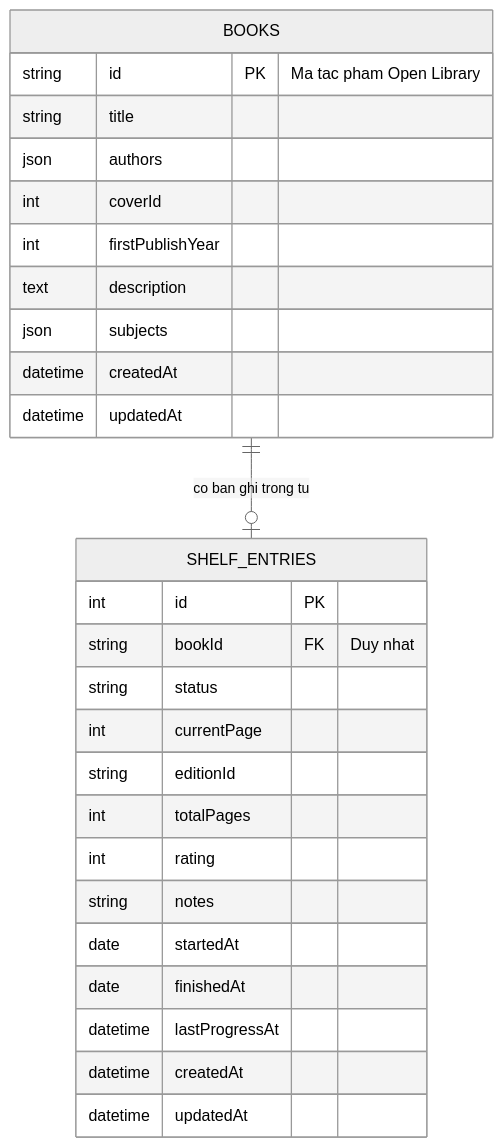
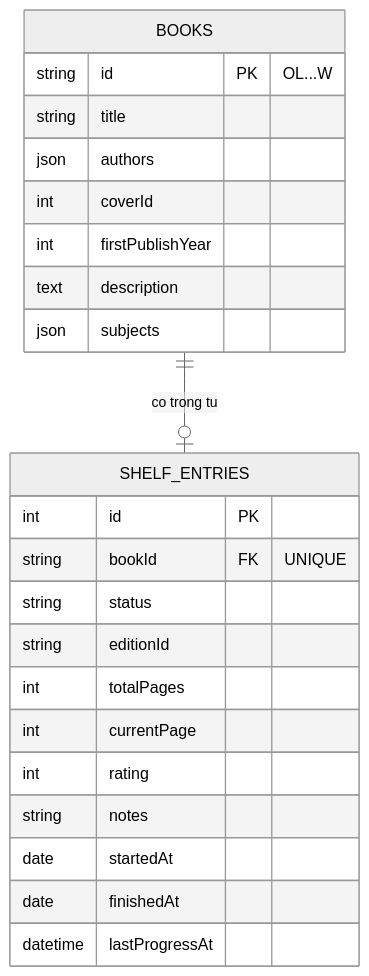
One commit to Ngoquyen07/bookmg-workspace changed the second of 2 diagrams in README.md. Above: the diagram before and after it, drawn with Mermaid (neutral theme). The commit also changed other lines of this file, not shown here.

````diff
--- a/README.md
+++ b/README.md
@@ -202,30 +79,26 @@
 ```mermaid
 erDiagram
-    BOOKS ||--o| SHELF_ENTRIES : "co ban ghi trong tu"
+    BOOKS ||--o| SHELF_ENTRIES : "co trong tu"
     BOOKS {
-        string id PK "Ma tac pham Open Library"
+        string id PK "OL...W"
         string title
         json authors
         int coverId
         int firstPublishYear
         text description
         json subjects
-        datetime createdAt
-        datetime updatedAt
     }
     SHELF_ENTRIES {
         int id PK
-        string bookId FK "Duy nhat"
+        string bookId FK "UNIQUE"
         string status
-        int currentPage
         string editionId
         int totalPages
+        int currentPage
         int rating
         string notes
         date startedAt
         date finishedAt
         datetime lastProgressAt
-        datetime createdAt
-        datetime updatedAt
     }
 ```
````
